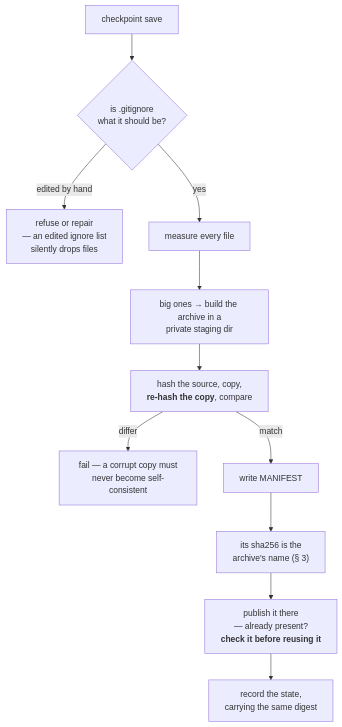
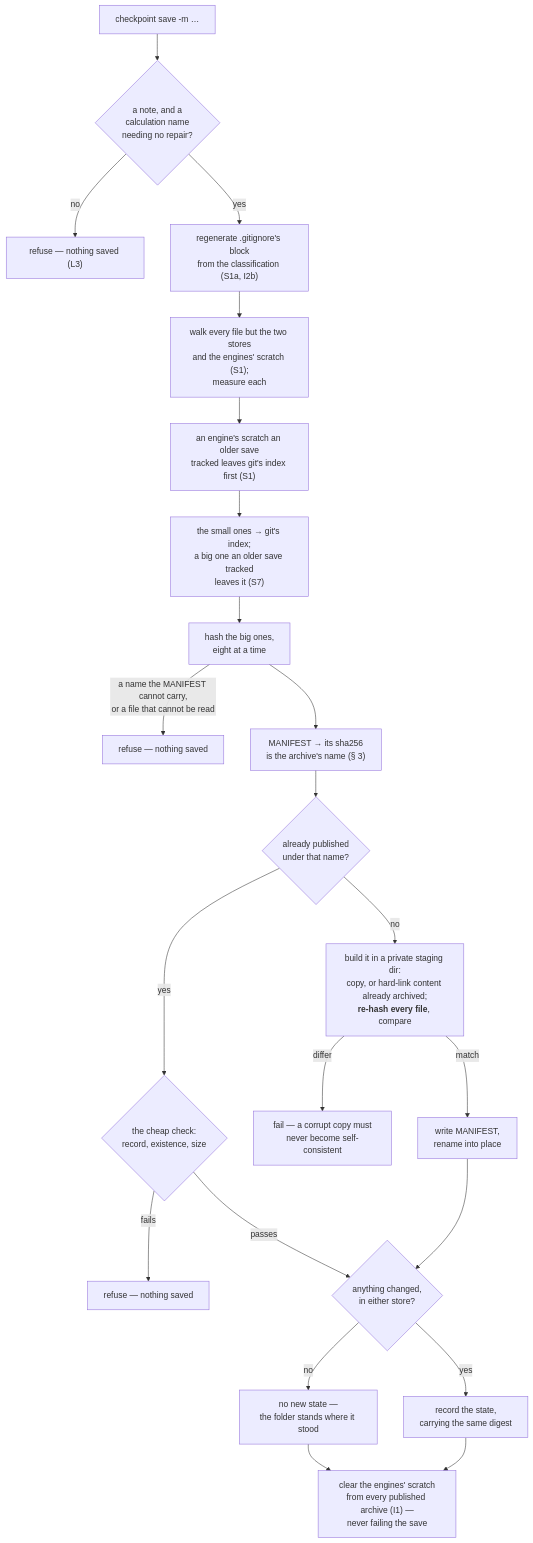
Before and after one commit to Qing-LAB/molbuilder: the third of 4 diagrams in docs/execution/checkpointing.md, drawn with Mermaid. The commit also changed other lines of this file and 54 other files, not shown here.

````diff
--- a/docs/execution/checkpointing.md
+++ b/docs/execution/checkpointing.md
@@ -393,13 +451,24 @@
 ```mermaid
 flowchart TB
-    S["checkpoint save"] --> R{"is .gitignore<br/>what it should be?"}
-    R -->|"edited by hand"| STOP1["refuse or repair<br/>— an edited ignore list<br/>silently drops files"]
-    R -->|"yes"| M["measure every file"]
-    M --> B["big ones → build the archive in a<br/>private staging dir"]
-    B --> V["hash the source, copy,<br/><b>re-hash the copy</b>, compare"]
-    V -->|"differ"| STOP2["fail — a corrupt copy must<br/>never become self-consistent"]
-    V -->|"match"| W["write MANIFEST"]
-    W --> D["its sha256 is the<br/>archive's name (§ 3)"]
-    D --> SW["publish it there<br/>— already present?<br/><b>check it before reusing it</b>"]
-    SW --> C["record the state,<br/>carrying the same digest"]
+    S["checkpoint save -m …"] --> N{"a note, and a<br/>calculation name<br/>needing no repair?"}
+    N -->|"no"| X0["refuse — nothing saved (L3)"]
+    N -->|"yes"| R["regenerate .gitignore's block<br/>from the classification (S1a, I2b)"]
+    R --> M["walk every file but the two stores<br/>and the engines' scratch (S1);<br/>measure each"]
+    M --> U["an engine's scratch an older save<br/>tracked leaves git's index first (S1)"]
+    U --> GT["the small ones → git's index;<br/>a big one an older save tracked<br/>leaves it (S7)"]
+    GT --> H["hash the big ones,<br/>eight at a time"]
+    H -->|"a name the MANIFEST cannot carry,<br/>or a file that cannot be read"| X1["refuse — nothing saved"]
+    H --> D["MANIFEST → its sha256<br/>is the archive's name (§ 3)"]
+    D --> P{"already published<br/>under that name?"}
+    P -->|"yes"| CK{"the cheap check:<br/>record, existence, size"}
+    CK -->|"fails"| X2["refuse — nothing saved"]
+    CK -->|"passes"| Q
+    P -->|"no"| B["build it in a private staging dir:<br/>copy, or hard-link content already archived;<br/><b>re-hash every file</b>, compare"]
+    B -->|"differ"| X3["fail — a corrupt copy must<br/>never become self-consistent"]
+    B -->|"match"| W["write MANIFEST,<br/>rename into place"]
+    W --> Q{"anything changed,<br/>in either store?"}
+    Q -->|"no"| SAME["no new state —<br/>the folder stands where it stood"]
+    Q -->|"yes"| C["record the state,<br/>carrying the same digest"]
+    SAME --> PR["clear the engines' scratch<br/>from every published archive (I1) —<br/>never failing the save"]
+    C --> PR
 ```
````
